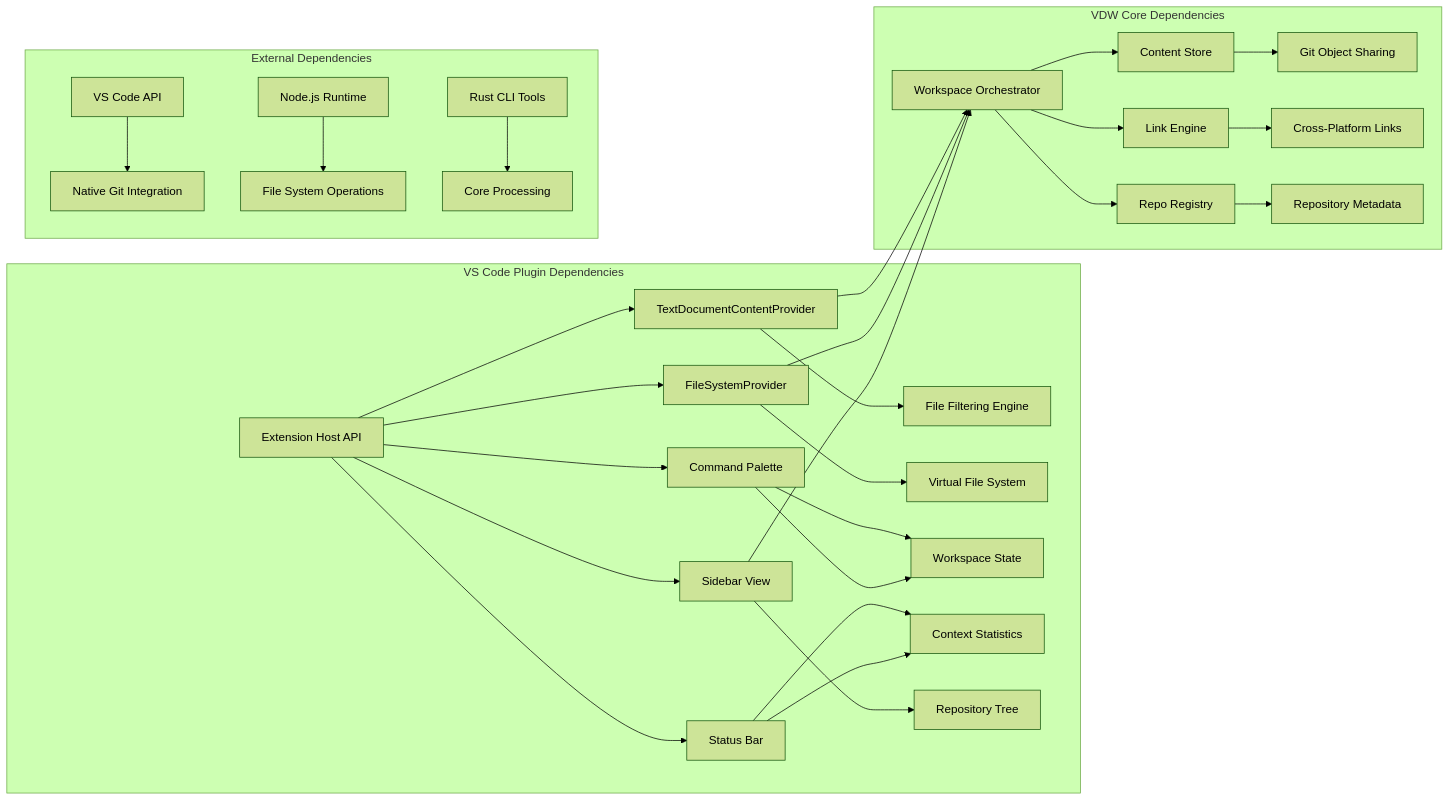
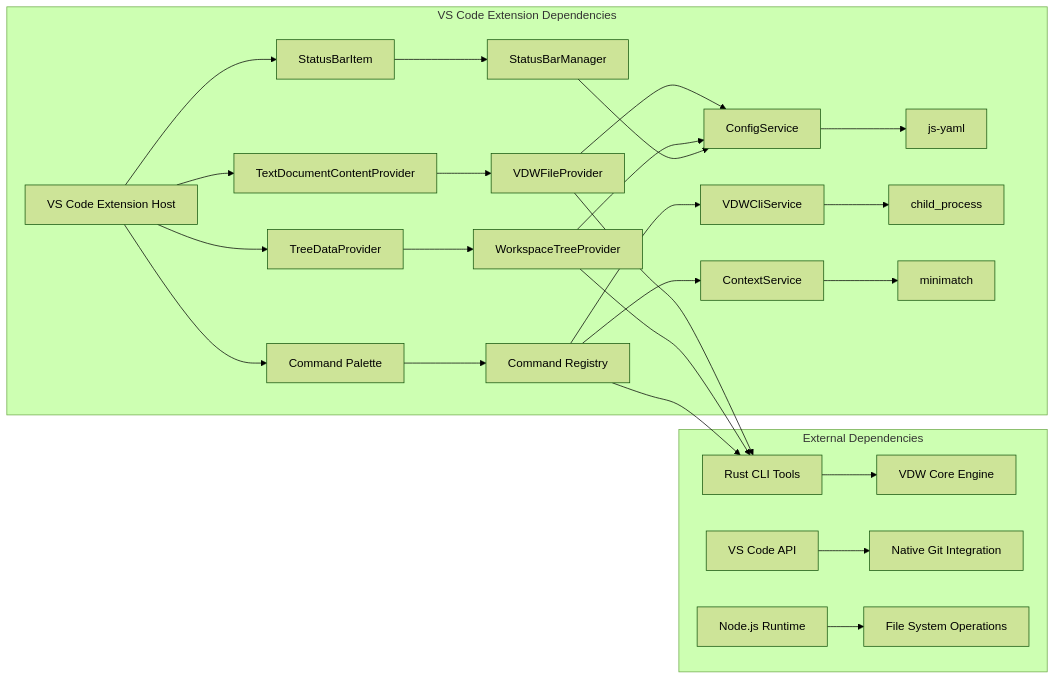
The sixth of 6 diagrams in .qoder/repowiki/en/content/Core Features Documentation/VS Code Plugin Bridge & IDE Integration.md (HWH-2019/vdw), drawn with Mermaid (forest theme) before and after one commit. The commit also changed other lines of this file and 23 other files, not shown here.

````diff
--- a/.qoder/repowiki/en/content/Core Features Documentation/VS Code Plugin Bridge & IDE Integration.md
+++ b/.qoder/repowiki/en/content/Core Features Documentation/VS Code Plugin Bridge & IDE Integration.md
@@ -319,33 +366,29 @@
 ```mermaid
 graph LR
-subgraph "VS Code Plugin Dependencies"
-A[Extension Host API] --> B[TextDocumentContentProvider]
-A --> C[FileSystemProvider]
-A --> D[Command Palette]
-A --> E[Status Bar]
-A --> F[Sidebar View]
-B --> G[File Filtering Engine]
-C --> H[Virtual File System]
-D --> I[Workspace State]
-E --> J[Context Statistics]
-F --> K[Repository Tree]
-end
-subgraph "VDW Core Dependencies"
-L[Workspace Orchestrator] --> M[Content Store]
-L --> N[Link Engine]
-L --> O[Repo Registry]
-M --> P[Git Object Sharing]
-N --> Q[Cross-Platform Links]
-O --> R[Repository Metadata]
+subgraph "VS Code Extension Dependencies"
+A[VS Code Extension Host] --> B[TextDocumentContentProvider]
+A --> C[TreeDataProvider]
+A --> D[StatusBarItem]
+A --> E[Command Palette]
+B --> F[VDWFileProvider]
+C --> G[WorkspaceTreeProvider]
+D --> H[StatusBarManager]
+E --> I[Command Registry]
+F --> J[ConfigService]
+G --> J
+H --> J
+I --> K[VDWCliService]
+I --> L[ContextService]
+J --> M[js-yaml]
+K --> N[child_process]
+L --> O[minimatch]
 end
 subgraph "External Dependencies"
-S[VS Code API] --> T[Native Git Integration]
-U[Node.js Runtime] --> V[File System Operations]
-W[Rust CLI Tools] --> X[Core Processing]
+P[Rust CLI Tools] --> Q[VDW Core Engine]
+R[VS Code API] --> S[Native Git Integration]
+T[Node.js Runtime] --> U[File System Operations]
 end
-B --> L
-C --> L
-F --> L
-D --> I
-E --> J
+F --> P
+G --> P
+I --> P
 ```
````
